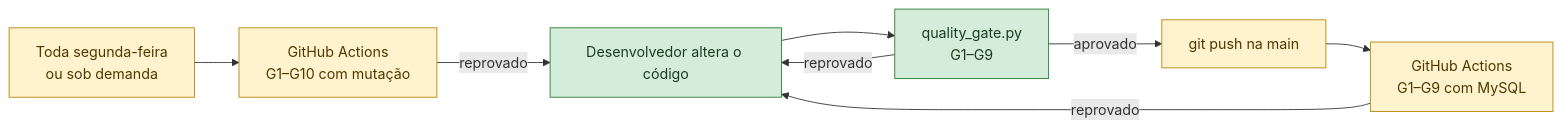
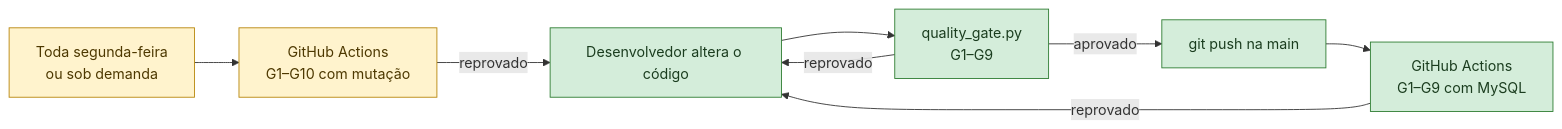
One commit to guilhermercmoraes-tech/PI2_Sprint2-Grupo-1-UFT changed diagram 13 of 13 in docs/COMO_O_SISTEMA_FUNCIONA.md. Above: the diagram before and after it, drawn with Mermaid. The commit also changed other lines of this file and 7 other files, not shown here.

````diff
--- a/docs/COMO_O_SISTEMA_FUNCIONA.md
+++ b/docs/COMO_O_SISTEMA_FUNCIONA.md
@@ -354,15 +354,15 @@
 ```mermaid
 flowchart LR
     DEV[Desenvolvedor altera o código] --> LOCAL["quality_gate.py<br/>G1–G9"]
     LOCAL -- reprovado --> DEV
     LOCAL -- aprovado --> PUSH[git push na main]
     PUSH --> CI["GitHub Actions<br/>G1–G9 com MySQL"]
     CI -- reprovado --> DEV
     AGENDA["Toda segunda-feira<br/>ou sob demanda"] --> CI2["GitHub Actions<br/>G1–G10 com mutação"]
     CI2 -- reprovado --> DEV
 
     classDef feito fill:#d4edda,stroke:#2e7d32,color:#1b3d1f
     classDef parcial fill:#fff3cd,stroke:#b8860b,color:#4d3800
-    class DEV,LOCAL feito
-    class PUSH,CI,AGENDA,CI2 parcial
+    class DEV,LOCAL,PUSH,CI feito
+    class AGENDA,CI2 parcial
 ```
````
